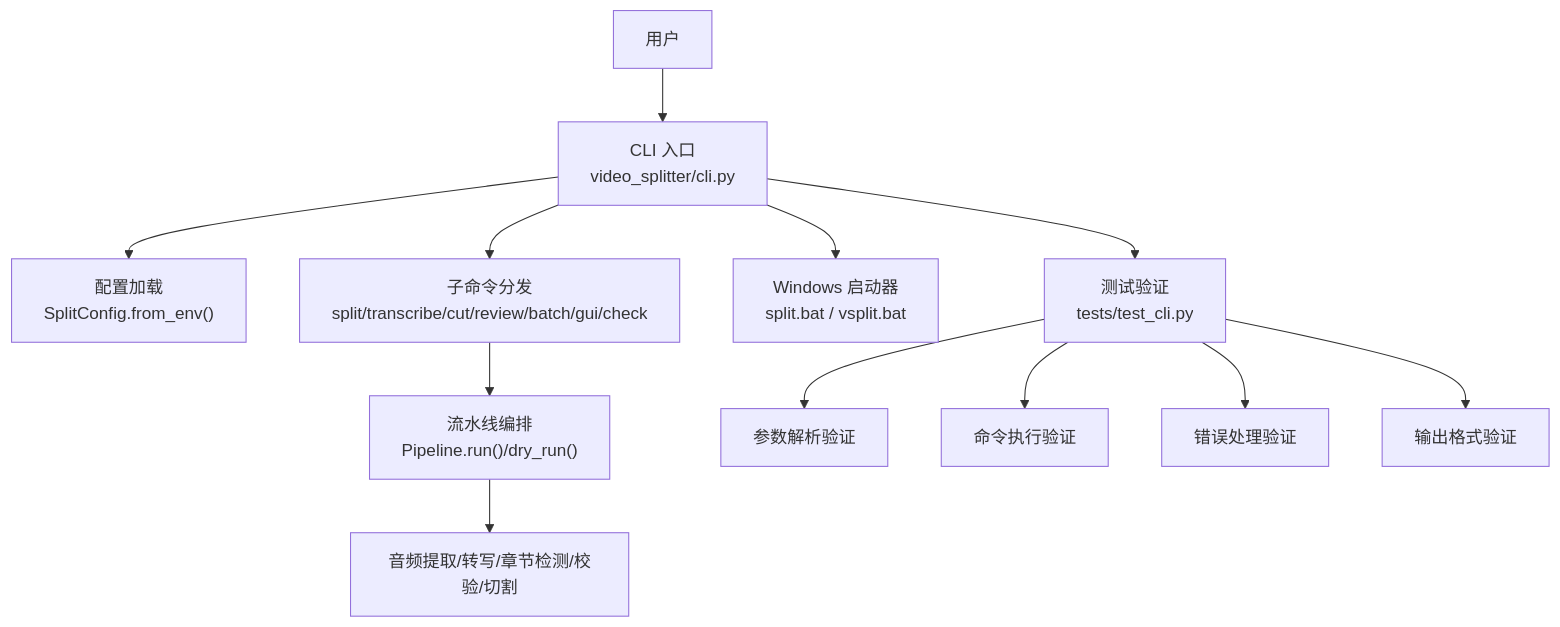
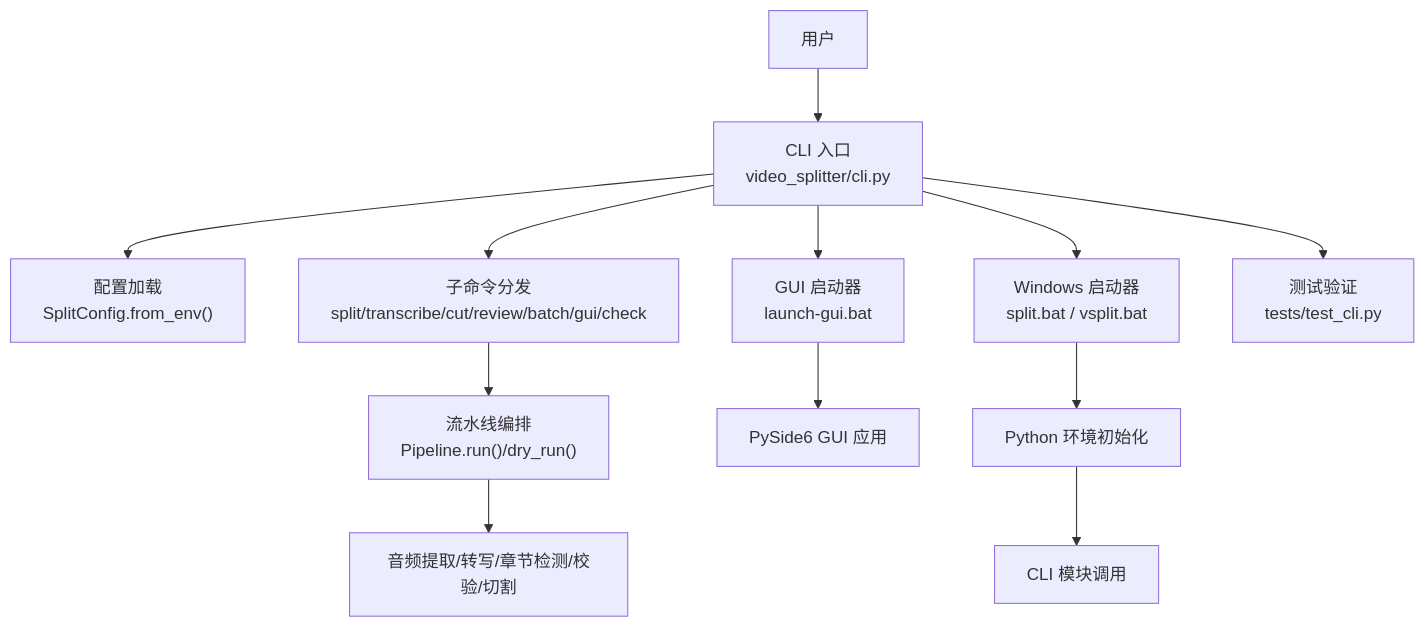
The first of 2 diagrams in .qoder/repowiki/zh/content/命令行界面.md (boyingliu01/VideoSplitter), drawn with Mermaid before and after one commit. The commit also changed other lines of this file and 59 other files, not shown here.

````diff
--- a/.qoder/repowiki/zh/content/命令行界面.md
+++ b/.qoder/repowiki/zh/content/命令行界面.md
@@ -49,14 +53,14 @@
 ```mermaid
 graph TB
 A["用户"] --> B["CLI 入口<br/>video_splitter/cli.py"]
 B --> C["配置加载<br/>SplitConfig.from_env()"]
 B --> D["子命令分发<br/>split/transcribe/cut/review/batch/gui/check"]
 D --> E["流水线编排<br/>Pipeline.run()/dry_run()"]
 E --> F["音频提取/转写/章节检测/校验/切割"]
 B --> G["Windows 启动器<br/>split.bat / vsplit.bat"]
-B --> H["测试验证<br/>tests/test_cli.py"]
-H --> I["参数解析验证"]
-H --> J["命令执行验证"]
-H --> K["错误处理验证"]
-H --> L["输出格式验证"]
+B --> H["GUI 启动器<br/>launch-gui.bat"]
+B --> I["测试验证<br/>tests/test_cli.py"]
+H --> J["PySide6 GUI 应用"]
+G --> K["Python 环境初始化"]
+K --> L["CLI 模块调用"]
 ```
````
